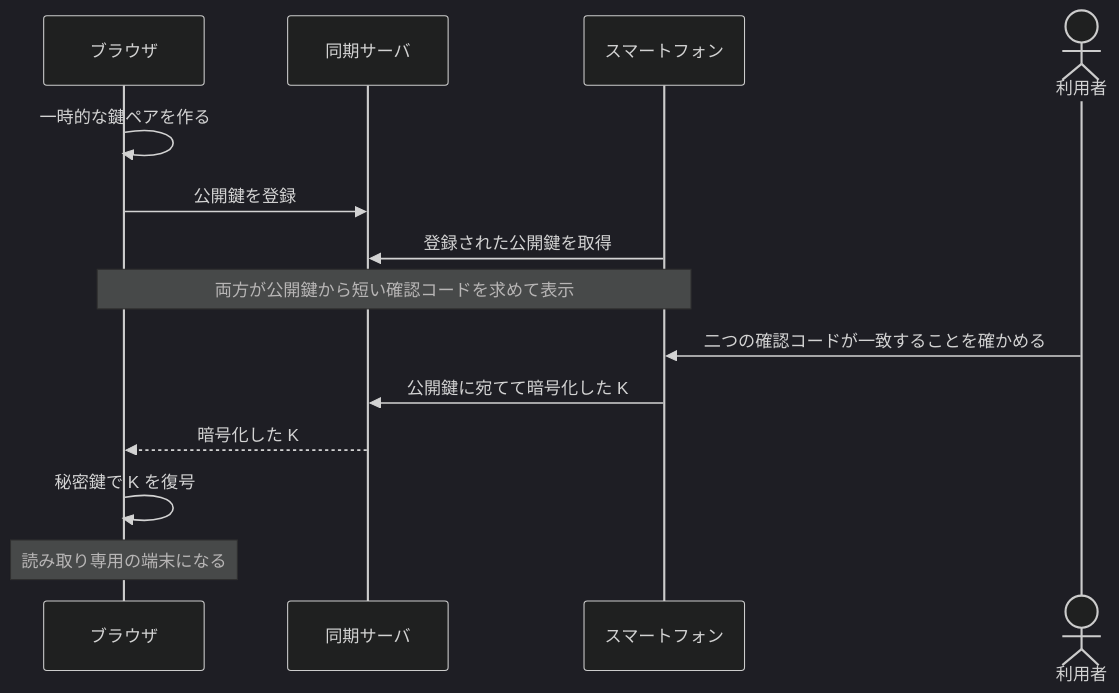
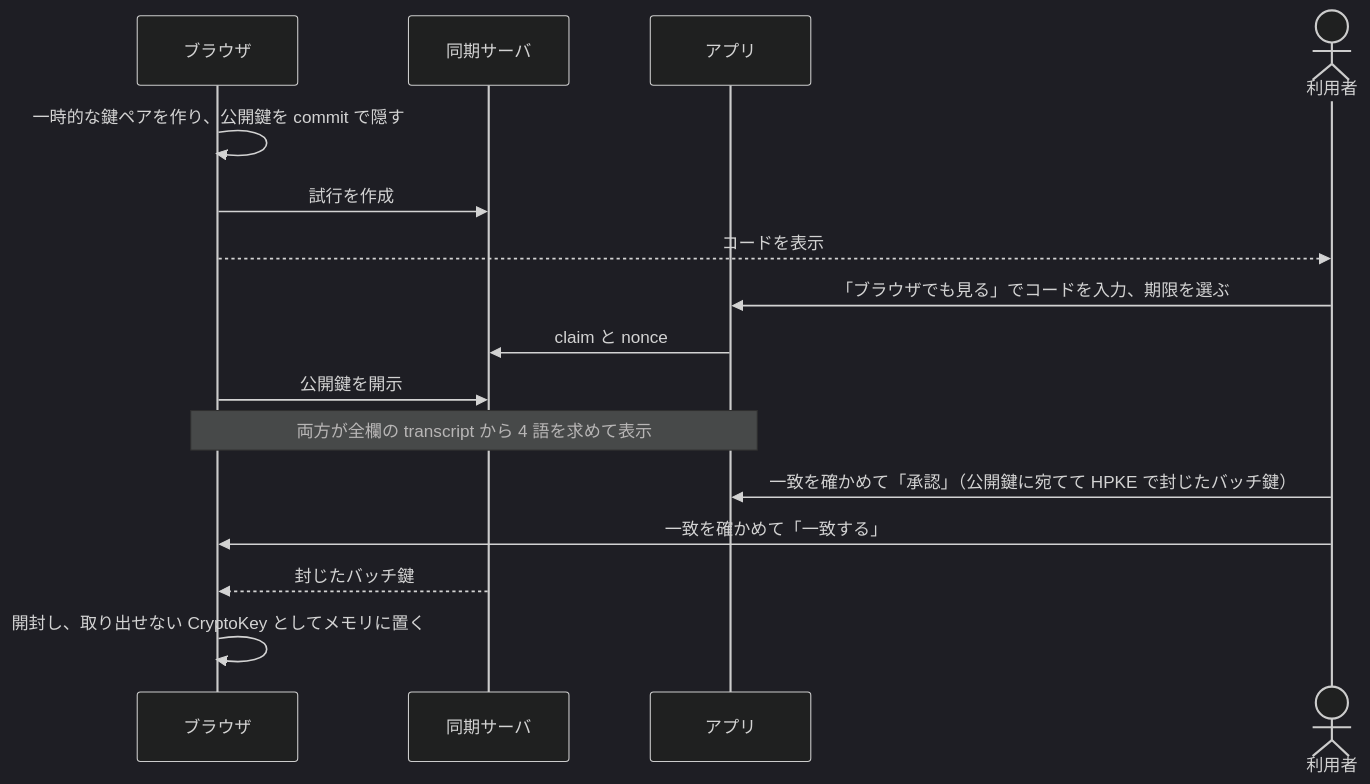
The diagram in docs/web-viewer.md (sksat/ashidori), drawn with Mermaid (dark theme) before and after one commit. The commit also changed other lines of this file and 83 other files, not shown here.

````diff
--- a/docs/web-viewer.md
+++ b/docs/web-viewer.md
@@ -31,16 +32,18 @@
 ```mermaid
 sequenceDiagram
   participant W as ブラウザ
   participant S as 同期サーバ
-  participant P as スマートフォン
+  participant P as アプリ
   actor U as 利用者
-  W->>W: 一時的な鍵ペアを作る
-  W->>S: 公開鍵を登録
-  P->>S: 登録された公開鍵を取得
-  Note over W,P: 両方が公開鍵から短い確認コードを求めて表示
-  U->>P: 二つの確認コードが一致することを確かめる
-  P->>S: 公開鍵に宛てて暗号化した K
-  S-->>W: 暗号化した K
-  W->>W: 秘密鍵で K を復号
-  Note over W: 読み取り専用の端末になる
+  W->>W: 一時的な鍵ペアを作り、公開鍵を commit で隠す
+  W->>S: 試行を作成
+  W-->>U: コードを表示
+  U->>P: 「ブラウザでも見る」でコードを入力、期限を選ぶ
+  P->>S: claim と nonce
+  W->>S: 公開鍵を開示
+  Note over W,P: 両方が全欄の transcript から 4 語を求めて表示
+  U->>P: 一致を確かめて「承認」（公開鍵に宛てて HPKE で封じたバッチ鍵）
+  U->>W: 一致を確かめて「一致する」
+  S-->>W: 封じたバッチ鍵
+  W->>W: 開封し、取り出せない CryptoKey としてメモリに置く
 ```
````
